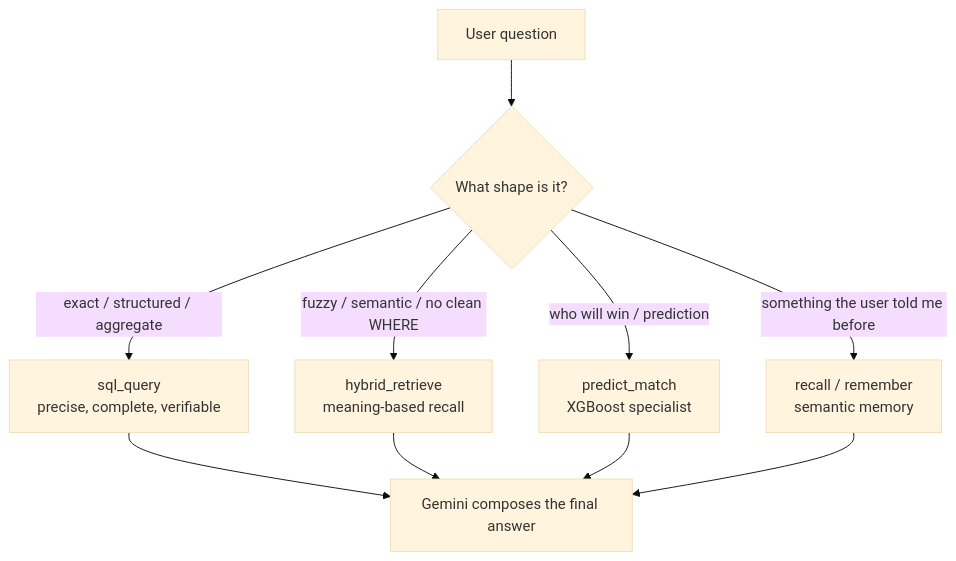
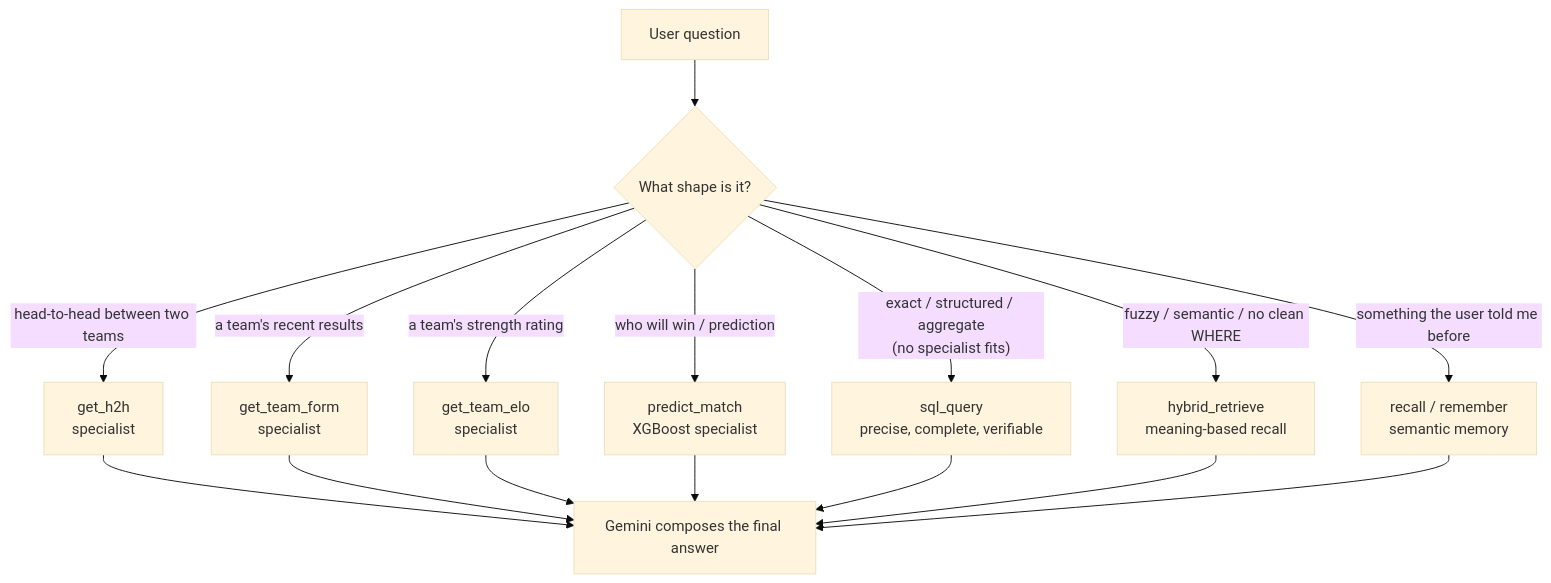
The third of 5 diagrams in soccer-analytics-agent/docs/architecture.md (ramiro-c/ai-agents-hub), drawn with Mermaid (base theme) before and after one commit. The commit also changed other lines of this file, not shown here.

Commit message:
docs(soccer-agent): align architecture diagrams with real tools and endpoints

````diff
--- a/soccer-analytics-agent/docs/architecture.md
+++ b/soccer-analytics-agent/docs/architecture.md
@@ -80,13 +80,19 @@
 ```mermaid
 flowchart TD
     Q["User question"] --> D{"What shape is it?"}
-    D -->|"exact / structured / aggregate"| SQL["sql_query<br/>precise, complete, verifiable"]
+    D -->|"head-to-head between two teams"| H2H["get_h2h<br/>specialist"]
+    D -->|"a team's recent results"| FORM["get_team_form<br/>specialist"]
+    D -->|"a team's strength rating"| ELO["get_team_elo<br/>specialist"]
+    D -->|"who will win / prediction"| PM["predict_match<br/>XGBoost specialist"]
+    D -->|"exact / structured / aggregate<br/>(no specialist fits)"| SQL["sql_query<br/>precise, complete, verifiable"]
     D -->|"fuzzy / semantic / no clean WHERE"| HR["hybrid_retrieve<br/>meaning-based recall"]
-    D -->|"who will win / prediction"| PM["predict_match<br/>XGBoost specialist"]
     D -->|"something the user told me before"| RC["recall / remember<br/>semantic memory"]
 
-    SQL --> A["Gemini composes the final answer"]
+    H2H --> A["Gemini composes the final answer"]
+    FORM --> A
+    ELO --> A
+    PM --> A
+    SQL --> A
     HR --> A
-    PM --> A
     RC --> A
 ```
````
